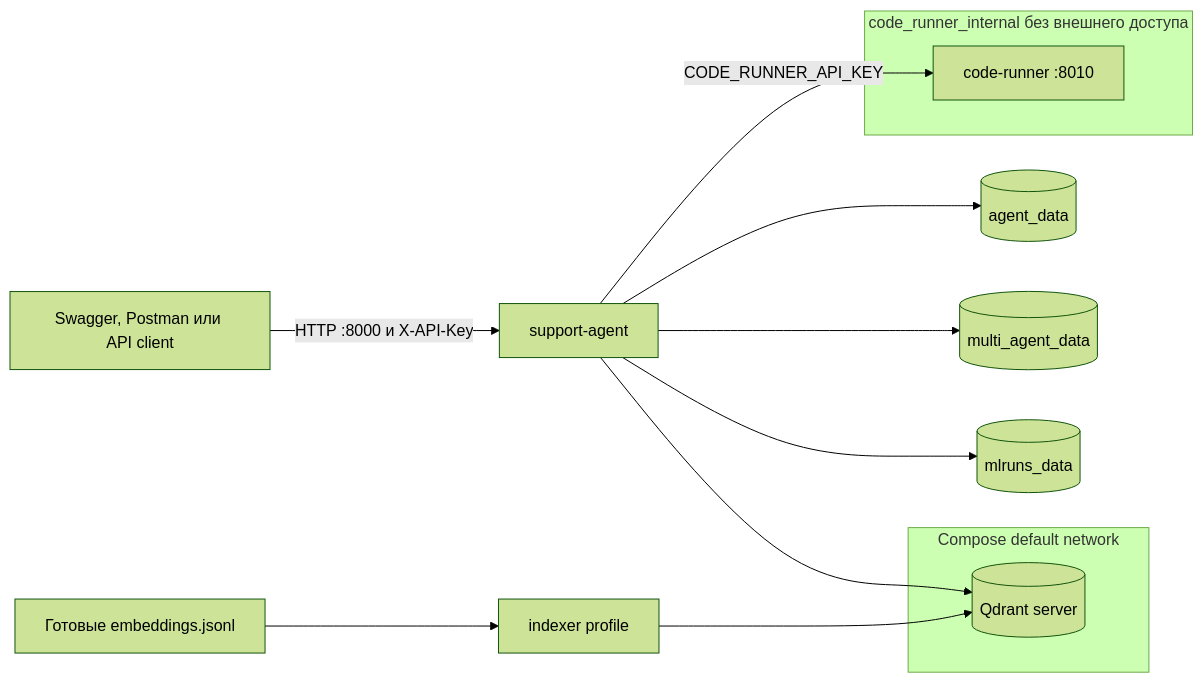
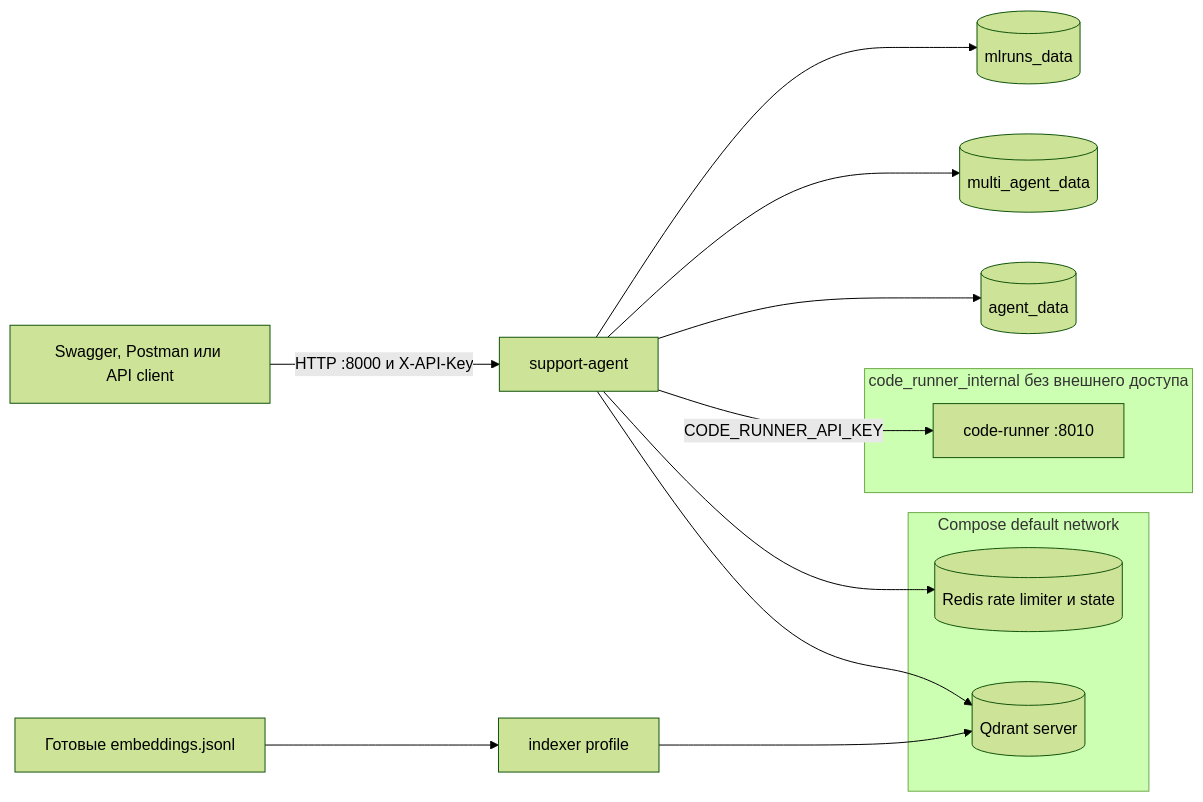
One commit to tsenturion/rag changed the ninth of 13 diagrams in README.md. Above: the diagram before and after it, drawn with Mermaid (forest theme). The commit also changed other lines of this file and 26 other files, not shown here.

````diff
--- a/README.md
+++ b/README.md
@@ -3465,20 +3560,22 @@
 ```mermaid
 flowchart LR
     Client["Swagger, Postman или API client"] -- "HTTP :8000 и X-API-Key" --> Support["support-agent"]
 
     subgraph PublicNetwork["Compose default network"]
         Qdrant[("Qdrant server")]
+        Redis[("Redis rate limiter и state")]
     end
 
     subgraph InternalNetwork["code_runner_internal без внешнего доступа"]
         Runner["code-runner :8010"]
     end
 
     Support --> Qdrant
+    Support --> Redis
     Support -- "CODE_RUNNER_API_KEY" --> Runner
     Embeddings["Готовые embeddings.jsonl"] --> Indexer["indexer profile"]
     Indexer --> Qdrant
     Support --> AgentVolume[("agent_data")]
     Support --> RunsVolume[("multi_agent_data")]
     Support --> MLflowVolume[("mlruns_data")]
 ```
````
